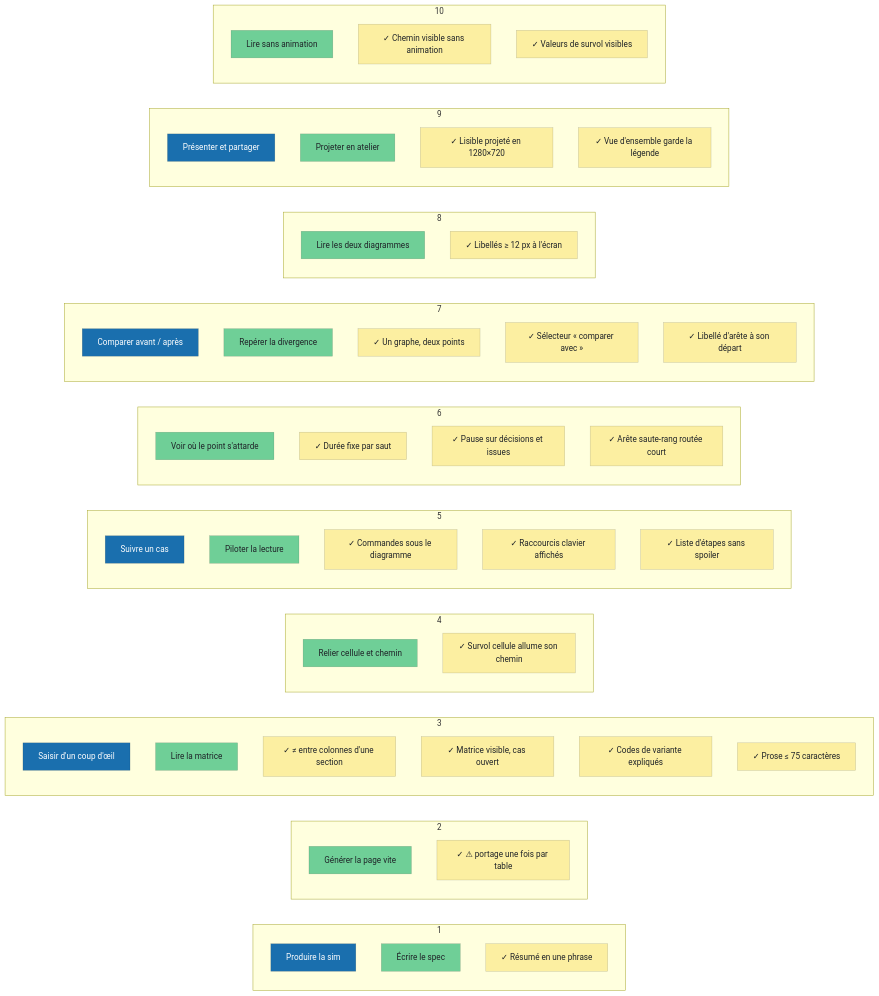
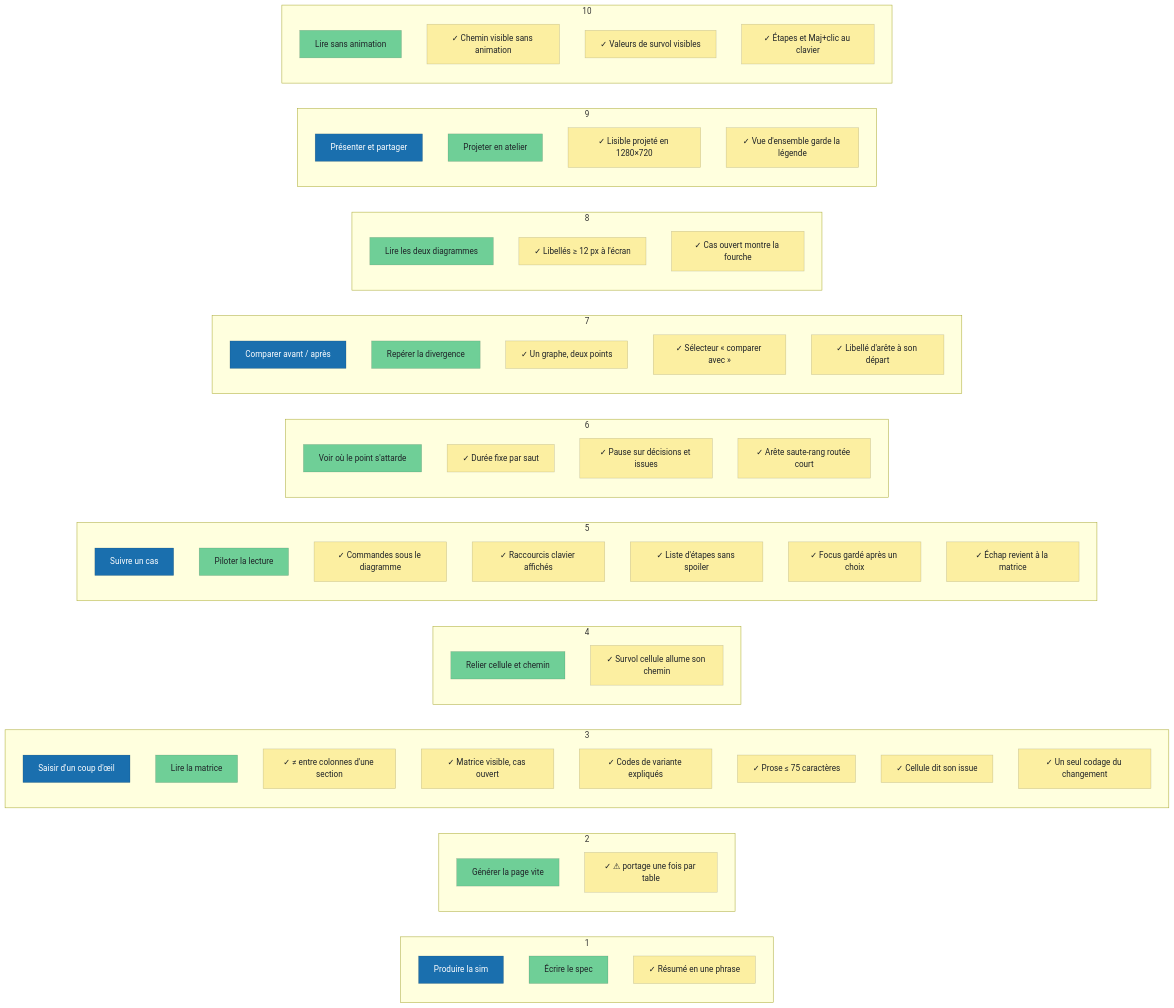
Before and after one commit to bastien-gallay/skills: the diagram in plugins/truepath/docs/design/story-map.md, drawn with Mermaid. The commit also changed other lines of this file and 9 other files, not shown here.

````diff
--- a/plugins/truepath/docs/design/story-map.md
+++ b/plugins/truepath/docs/design/story-map.md
@@ -6,76 +6,82 @@
 ```mermaid
 %% lossy: the order of stickies inside a step is not kept
 flowchart LR
   subgraph step1["1"]
     direction TB
     A1["Produire la sim"]
     T1["Écrire le spec"]
     S12["✓ Résumé en une phrase"]
   end
   subgraph step2["2"]
     direction TB
     T2["Générer la page vite"]
     S13["✓ ⚠ portage une fois par table"]
   end
   subgraph step3["3"]
     direction TB
     A2["Saisir d'un coup d'œil"]
     T3["Lire la matrice"]
     S7["✓ ≠ entre colonnes d'une section"]
     S9["✓ Matrice visible, cas ouvert"]
     S10["✓ Codes de variante expliqués"]
     S11["✓ Prose ≤ 75 caractères"]
+    S22["✓ Cellule dit son issue"]
+    S23["✓ Un seul codage du changement"]
   end
   subgraph step4["4"]
     direction TB
     T4["Relier cellule et chemin"]
     S8["✓ Survol cellule allume son chemin"]
   end
   subgraph step5["5"]
     direction TB
     A3["Suivre un cas"]
     T5["Piloter la lecture"]
     S4["✓ Commandes sous le diagramme"]
     S5["✓ Raccourcis clavier affichés"]
     S6["✓ Liste d'étapes sans spoiler"]
+    S25["✓ Focus gardé après un choix"]
+    S26["✓ Échap revient à la matrice"]
   end
   subgraph step6["6"]
     direction TB
     T6["Voir où le point s'attarde"]
     S1["✓ Durée fixe par saut"]
     S2["✓ Pause sur décisions et issues"]
     S3["✓ Arête saute-rang routée court"]
   end
   subgraph step7["7"]
     direction TB
     A4["Comparer avant / après"]
     T7["Repérer la divergence"]
     S14["✓ Un graphe, deux points"]
     S16["✓ Sélecteur « comparer avec »"]
     S17["✓ Libellé d'arête à son départ"]
   end
   subgraph step8["8"]
     direction TB
     T8["Lire les deux diagrammes"]
     S15["✓ Libellés ≥ 12 px à l'écran"]
+    S24["✓ Cas ouvert montre la fourche"]
   end
   subgraph step9["9"]
     direction TB
     A5["Présenter et partager"]
     T9["Projeter en atelier"]
     S18["✓ Lisible projeté en 1280×720"]
     S19["✓ Vue d'ensemble garde la légende"]
   end
   subgraph step10["10"]
     direction TB
     T10["Lire sans animation"]
     S20["✓ Chemin visible sans animation"]
     S21["✓ Valeurs de survol visibles"]
+    S27["✓ Étapes et Maj+clic au clavier"]
   end
   classDef activity fill:#1A6FAE,color:#FFFFFF,stroke:#00000033
   class A1,A2,A3,A4,A5 activity
   classDef task fill:#6FCF97,color:#1F2328,stroke:#00000033
   class T1,T3,T5,T7,T9,T2,T4,T6,T8,T10 task
   classDef story fill:#FCEFA1,color:#1F2328,stroke:#00000033
-  class S4,S5,S6,S7,S9,S10,S11,S12,S14,S16,S17,S18,S19,S13,S8,S1,S2,S3,S15,S20,S21 story
+  class S4,S5,S6,S7,S9,S10,S11,S12,S14,S16,S17,S18,S19,S13,S8,S1,S2,S3,S15,S20,S21,S22,S23,S24,S25,S26,S27 story
 ```
````
